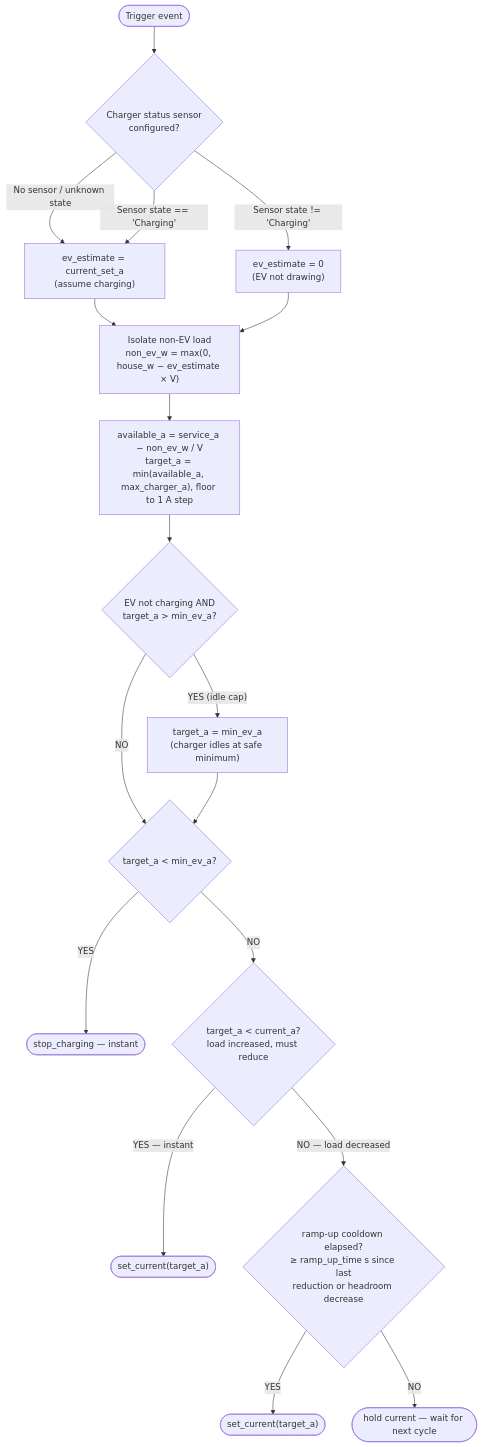
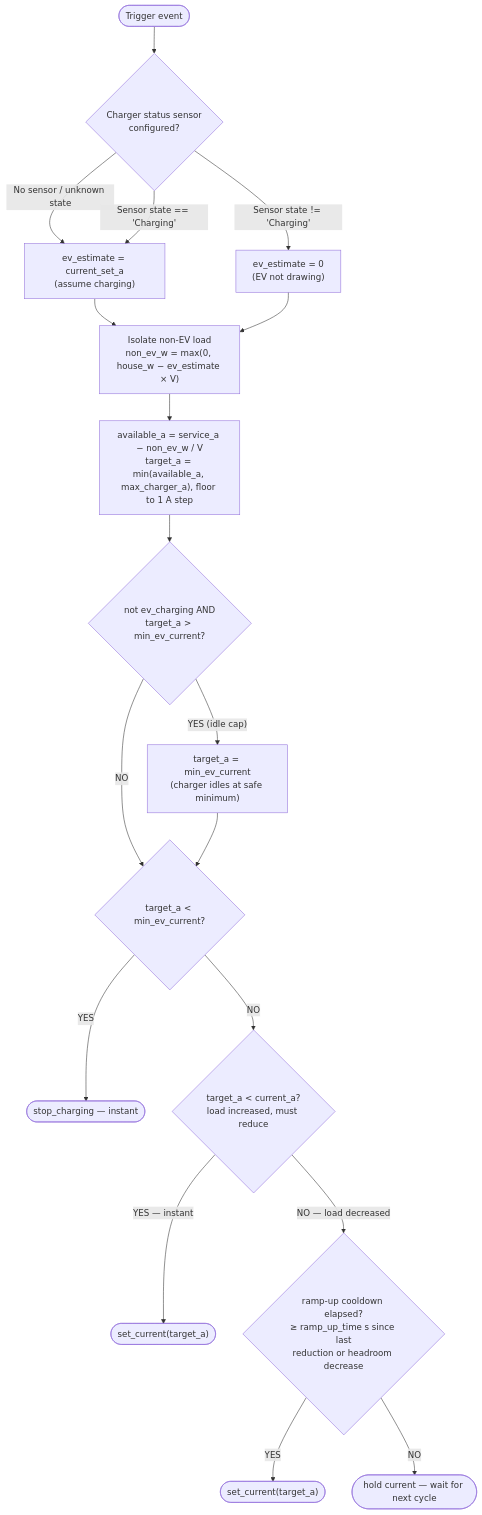
One commit to alexisml/Watt-O-Balancer changed the first of 7 diagrams in docs/documentation/how-it-works.md. Above: the diagram before and after it, drawn with Mermaid. The commit also changed other lines of this file and 1 other file, not shown here.

Commit message:
refactor: DRY _make_entry, fix glitch test docstring and observability, align docs pseudocode naming

````diff
--- a/docs/documentation/how-it-works.md
+++ b/docs/documentation/how-it-works.md
@@ -243,21 +243,21 @@
 ```mermaid
 flowchart TD
     A([Trigger event])
     A --> Z{"Charger status sensor<br/>configured?"}
     Z -- "No sensor / unknown state" --> ZA["ev_estimate = current_set_a<br/>(assume charging)"]
     Z -- "Sensor state == 'Charging'" --> ZA
     Z -- "Sensor state != 'Charging'" --> ZB["ev_estimate = 0<br/>(EV not drawing)"]
     ZA --> B["Isolate non-EV load<br/>non_ev_w = max(0, house_w − ev_estimate × V)"]
     ZB --> B
     B --> C["available_a = service_a − non_ev_w / V<br/>target_a = min(available_a, max_charger_a), floor to 1 A step"]
-    C --> CZ{"EV not charging AND<br/>target_a > min_ev_a?"}
-    CZ -- "YES (idle cap)" --> CZA["target_a = min_ev_a<br/>(charger idles at safe minimum)"]
+    C --> CZ{"not ev_charging AND<br/>target_a > min_ev_current?"}
+    CZ -- "YES (idle cap)" --> CZA["target_a = min_ev_current<br/>(charger idles at safe minimum)"]
     CZ -- "NO" --> D
-    CZA --> D{"target_a < min_ev_a?"}
+    CZA --> D{"target_a < min_ev_current?"}
     D -- YES --> E(["stop_charging — instant"])
     D -- NO --> F{"target_a < current_a?<br/>load increased, must reduce"}
     F -- "YES — instant" --> G(["set_current(target_a)"])
     F -- "NO — load decreased" --> H{"ramp-up cooldown elapsed?<br/>≥ ramp_up_time s since last<br/>reduction or headroom decrease"}
     H -- "YES" --> I(["set_current(target_a)"])
     H -- "NO" --> J(["hold current — wait for next cycle"])
 ```
````
